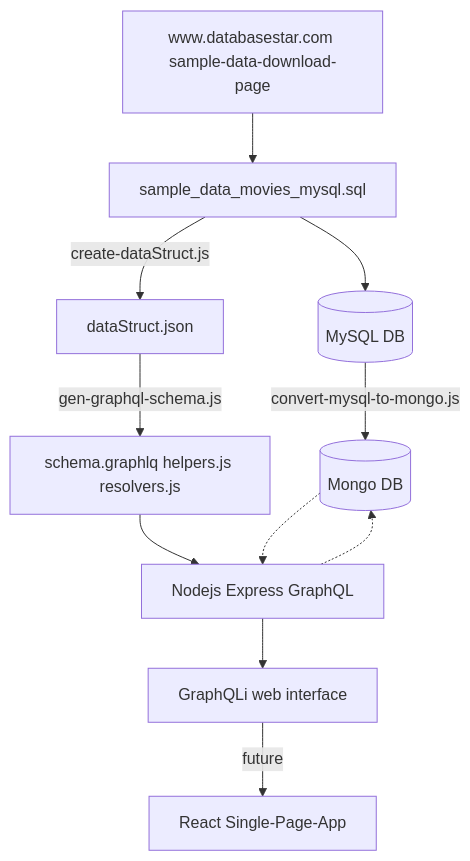
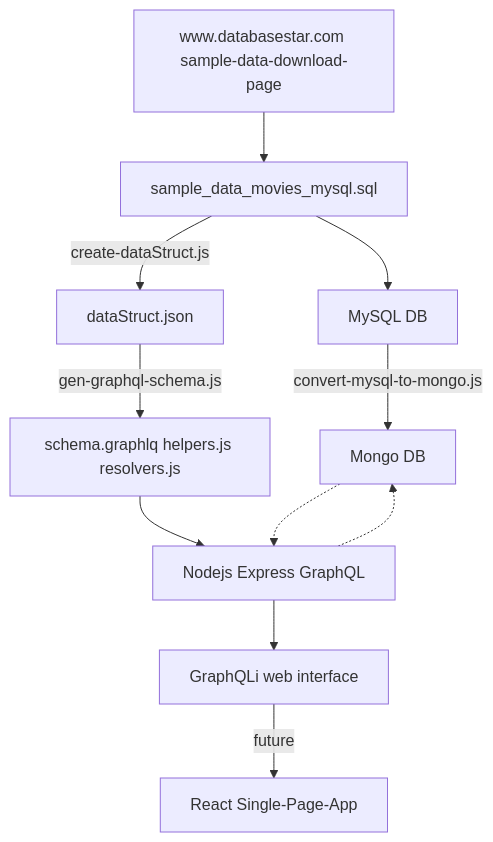
The diagram in README.md (martinjackson/talks-CAJS-2021-Dec), drawn with Mermaid before and after one commit.

Commit message:
almost talk time...

````diff
--- a/README.md
+++ b/README.md
@@ -39,13 +39,13 @@
 ```mermaid
 graph TD;
     A[www.databasestar.com sample-data-download-page] --> M[sample_data_movies_mysql.sql];
-    M --> C[(MySQL DB)];
-    C -->|convert-mysql-to-mongo.js| D[(Mongo DB)];
+    M --> C[MySQL DB];
+    C -->|convert-mysql-to-mongo.js| D[Mongo DB];
     M -->|create-dataStruct.js| E[dataStruct.json];
     E -->|gen-graphql-schema.js| F[schema.graphlq helpers.js resolvers.js];
     F --> G[Nodejs Express GraphQL]
     G --> H[GraphQLi web interface]
     H -->|future| I[React Single-Page-App]
     D -.-> G
     G -.-> D
 ```
````
